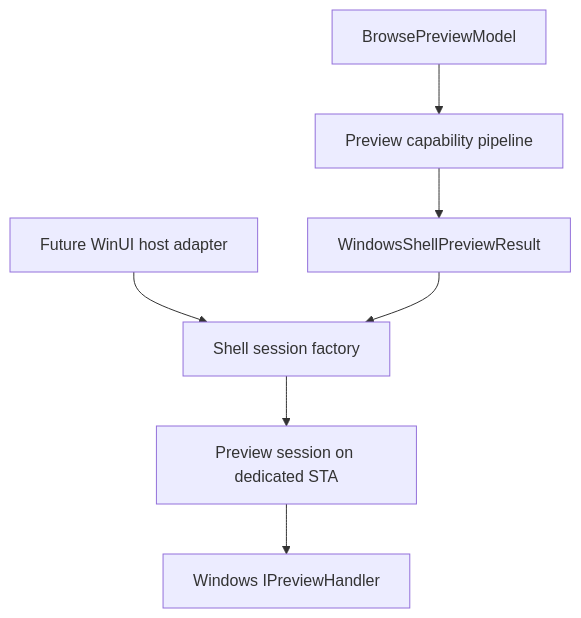
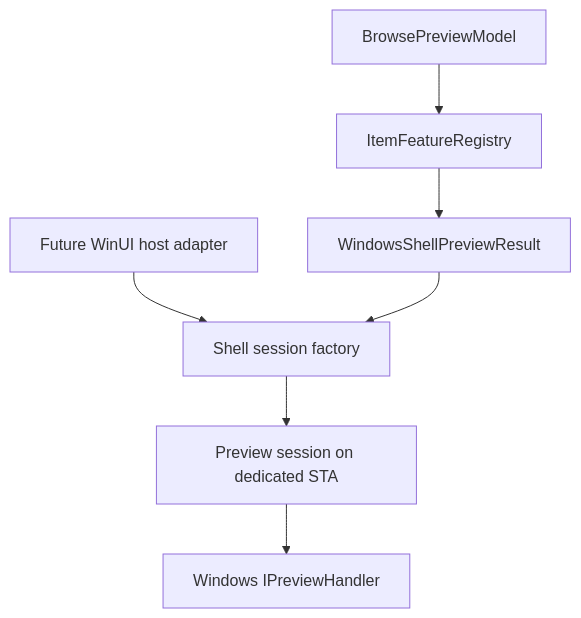
Before and after one commit to 0x5bfa/Files: the first of 3 diagrams in docs/architecture/previews.md, drawn with Mermaid. The commit also changed other lines of this file and 260 other files, not shown here.

Commit message:
Simplify Files.Core architecture terminology

````diff
--- a/docs/architecture/previews.md
+++ b/docs/architecture/previews.md
@@ -13,17 +13,17 @@
 ```mermaid
 flowchart TD
     Browse["BrowsePreviewModel"]
-    Pipeline["Preview capability pipeline"]
+    Registry["ItemFeatureRegistry"]
     Result["WindowsShellPreviewResult"]
     Factory["Shell session factory"]
     Session["Preview session on dedicated STA"]
     Host["Future WinUI host adapter"]
     Handler["Windows IPreviewHandler"]
 
-    Browse --> Pipeline
-    Pipeline --> Result
+    Browse --> Registry
+    Registry --> Result
     Host --> Factory
     Result --> Factory
     Factory --> Session
     Session --> Handler
 ```
````
